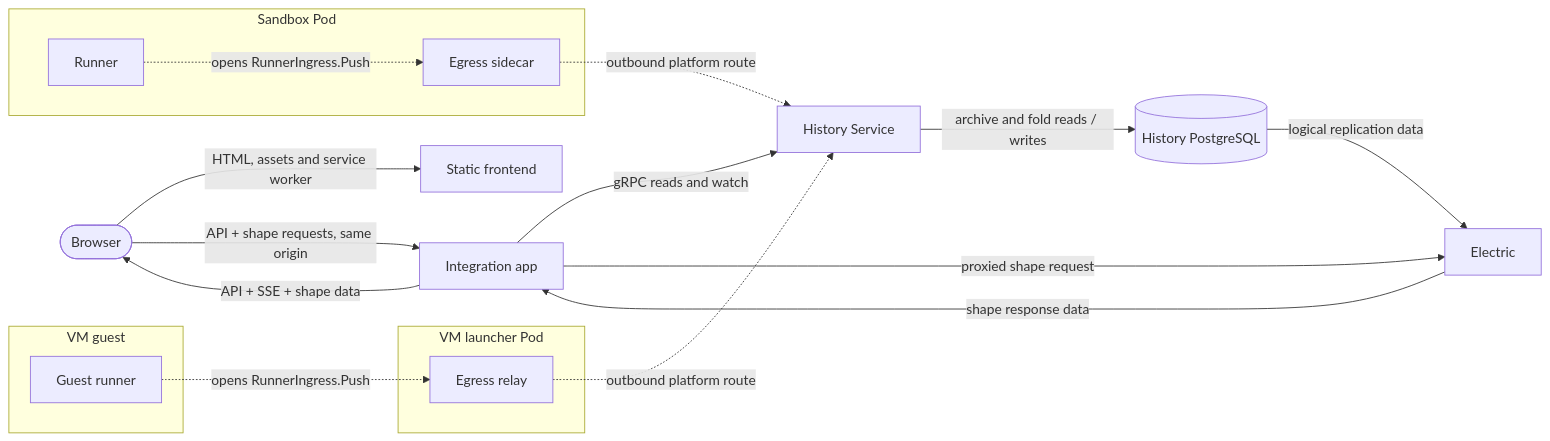
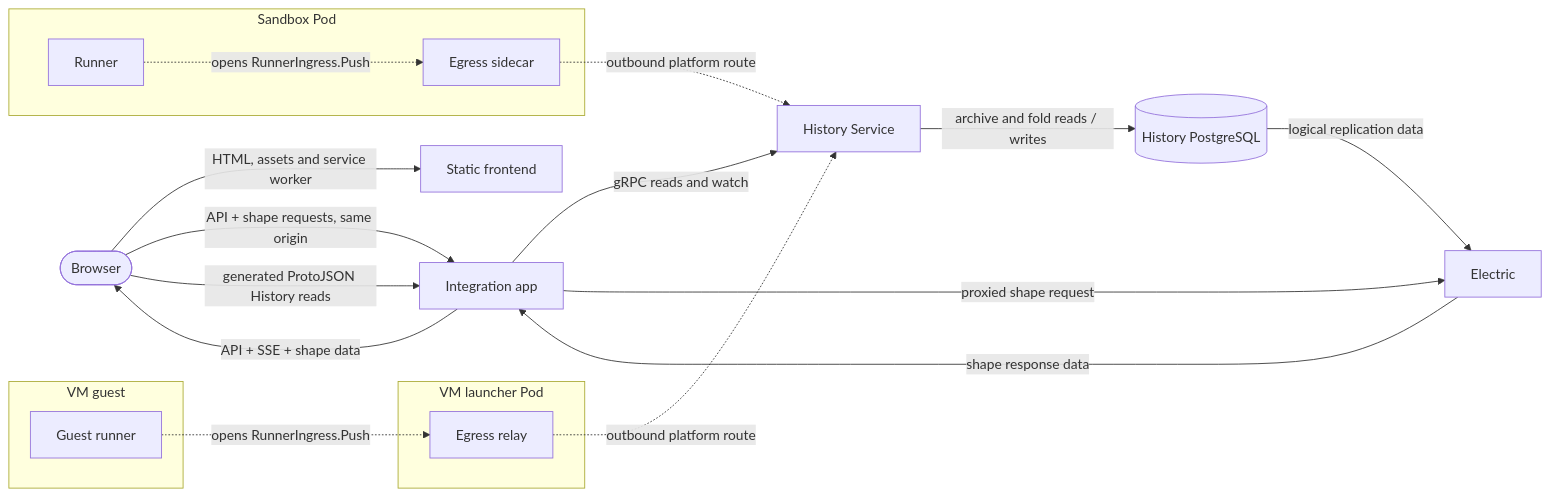
Before and after one commit to agentydragon/ducktape: the seventh of 9 diagrams in agentplane/docs/system_overview.md, drawn with Mermaid. The commit also changed other lines of this file and 10 other files, not shown here.

Commit message:
agentplane: add generated History HTTP facade

````diff
--- a/agentplane/docs/system_overview.md
+++ b/agentplane/docs/system_overview.md
@@ -230,32 +230,33 @@
 ```mermaid
 flowchart LR
     browser([Browser])
     frontend[Static frontend]
     app[Integration app]
     history[History Service]
     history_db[(History PostgreSQL)]
     electric[Electric]
     subgraph pod[Sandbox Pod]
         runner[Runner]
         sidecar[Egress sidecar]
     end
     subgraph vm_guest[VM guest]
         guest[Guest runner]
     end
     subgraph vm_pod[VM launcher Pod]
         relay[Egress relay]
     end
 
     browser -->|HTML, assets and service worker| frontend
     browser -->|API + shape requests, same origin| app
+    browser -->|generated ProtoJSON History reads| app
     app -->|gRPC reads and watch| history
     app -->|proxied shape request| electric
     electric -->|shape response data| app
     app -->|API + SSE + shape data| browser
     runner -.->|opens RunnerIngress.Push| sidecar
     sidecar -.->|outbound platform route| history
     guest -.->|opens RunnerIngress.Push| relay
     relay -.->|outbound platform route| history
     history -->|archive and fold reads / writes| history_db
     history_db -->|logical replication data| electric
 ```
````
